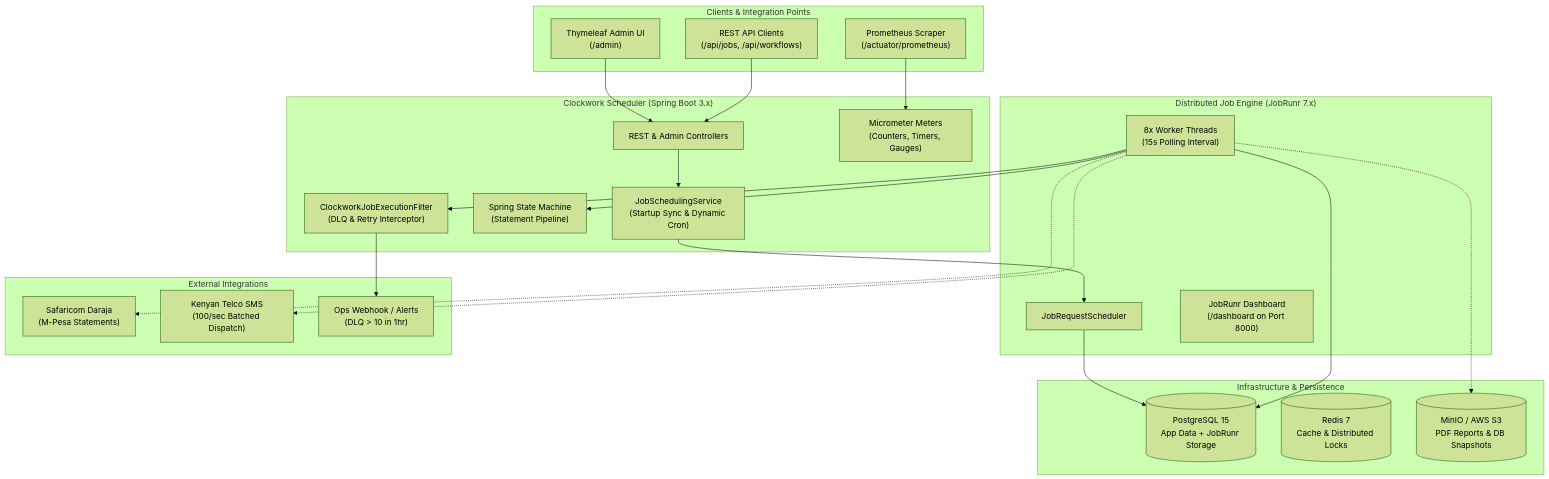
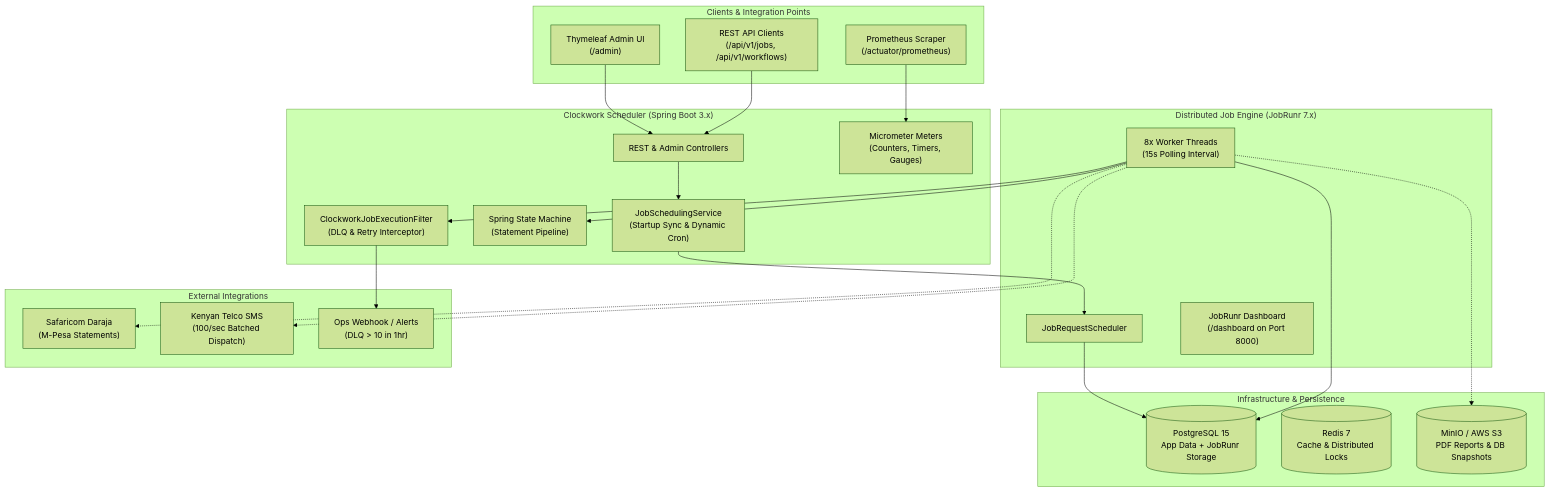
Before and after one commit to crnjihia/clockwork-scheduler: the first of 4 diagrams in README.md, drawn with Mermaid (forest theme). The commit also changed other lines of this file, not shown here.

Commit message:
docs(readme): Overhaul README with live dashboard preview, architecture diagrams, and quickstart guides

````diff
--- a/README.md
+++ b/README.md
@@ -45,50 +49,50 @@
 ```mermaid
 flowchart TB
     subgraph Clients["Clients & Integration Points"]
         AdminUI["Thymeleaf Admin UI\n(/admin)"]
-        REST["REST API Clients\n(/api/jobs, /api/workflows)"]
+        REST["REST API Clients\n(/api/v1/jobs, /api/v1/workflows)"]
         Prom["Prometheus Scraper\n(/actuator/prometheus)"]
     end
 
     subgraph App["Clockwork Scheduler (Spring Boot 3.x)"]
         WebCtrl["REST & Admin Controllers"]
         SchedService["JobSchedulingService\n(Startup Sync & Dynamic Cron)"]
         StateMachine["Spring State Machine\n(Statement Pipeline)"]
         Filter["ClockworkJobExecutionFilter\n(DLQ & Retry Interceptor)"]
         Metrics["Micrometer Meters\n(Counters, Timers, Gauges)"]
     end
 
     subgraph Engine["Distributed Job Engine (JobRunr 7.x)"]
         JobScheduler["JobRequestScheduler"]
         JobWorkers["8x Worker Threads\n(15s Polling Interval)"]
         JobRunrDash["JobRunr Dashboard\n(/dashboard on Port 8000)"]
     end
 
     subgraph Data["Infrastructure & Persistence"]
         PG[("PostgreSQL 15\nApp Data + JobRunr Storage")]
         RedisCache[("Redis 7\nCache & Distributed Locks")]
         MinioS3[("MinIO / AWS S3\nPDF Reports & DB Snapshots")]
     end
 
     subgraph External["External Integrations"]
         Daraja["Safaricom Daraja\n(M-Pesa Statements)"]
         TelcoSMS["Kenyan Telco SMS\n(100/sec Batched Dispatch)"]
         Slack["Ops Webhook / Alerts\n(DLQ > 10 in 1hr)"]
     end
 
     AdminUI --> WebCtrl
     REST --> WebCtrl
     Prom --> Metrics
 
     WebCtrl --> SchedService
     SchedService --> JobScheduler
     JobScheduler --> PG
     JobWorkers --> PG
     JobWorkers --> StateMachine
     JobWorkers --> Filter
     Filter --> Slack
 
     JobWorkers -.-> Daraja
     JobWorkers -.-> TelcoSMS
     JobWorkers -.-> MinioS3
 ```
````
